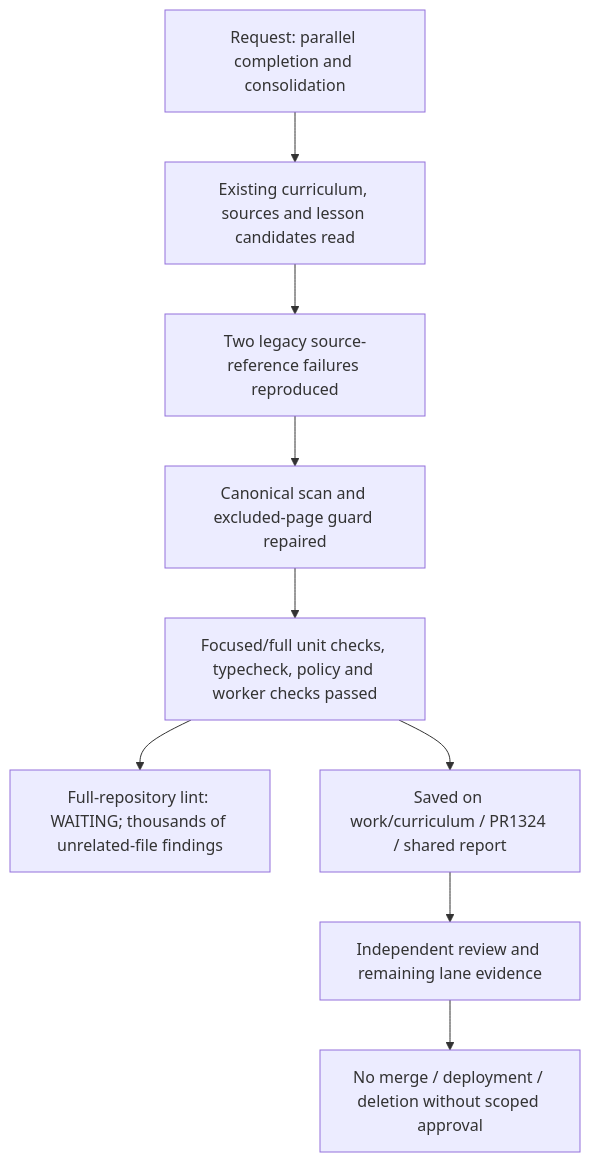
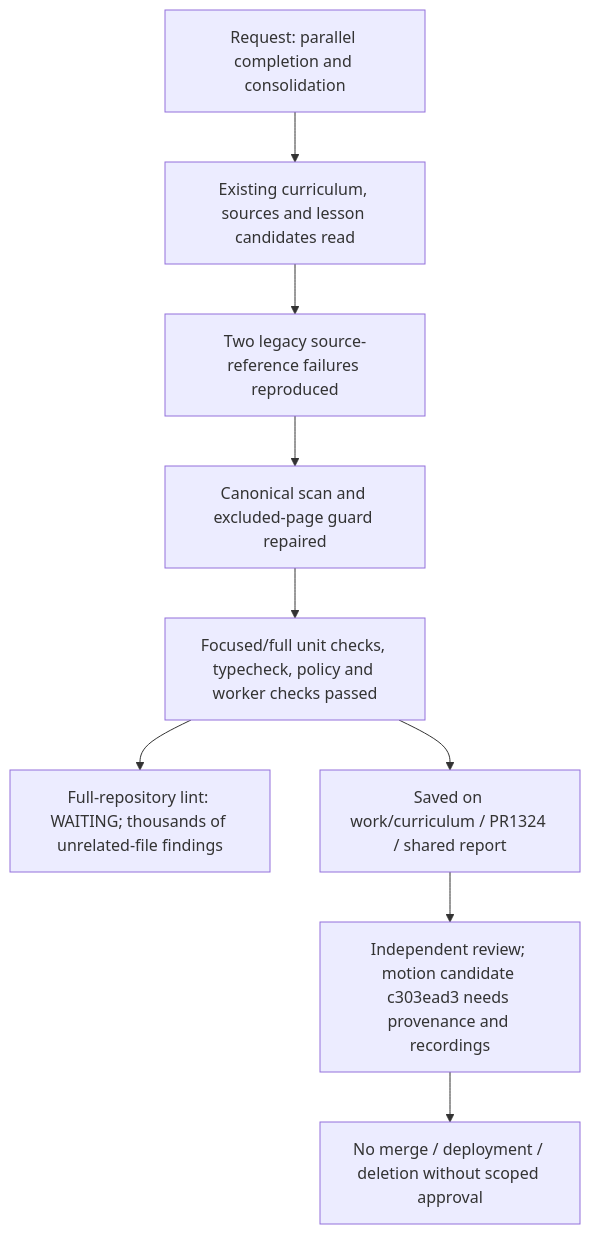
The third of 4 diagrams in docs/OWNER-VISUAL-STATUS.md (ejnburrows-rgb/cartilla-de-gretel), drawn with Mermaid before and after one commit. The commit also changed other lines of this file, not shown here.

Commit message:
docs: record motion evidence and writer dependencies

````diff
--- a/docs/OWNER-VISUAL-STATUS.md
+++ b/docs/OWNER-VISUAL-STATUS.md
@@ -83,11 +83,11 @@
 ```mermaid
 flowchart TD
   R["Request: parallel completion and consolidation"] --> E["Existing curriculum, sources and lesson candidates read"]
   E --> F["Two legacy source-reference failures reproduced"]
   F --> S["Canonical scan and excluded-page guard repaired"]
   S --> T["Focused/full unit checks, typecheck, policy and worker checks passed"]
   T --> L["Full-repository lint: WAITING; thousands of unrelated-file findings"]
   T --> P["Saved on work/curriculum / PR1324 / shared report"]
-  P --> Q["Independent review and remaining lane evidence"]
+  P --> Q["Independent review; motion candidate c303ead3 needs provenance and recordings"]
   Q --> D["No merge / deployment / deletion without scoped approval"]
 ```
````
